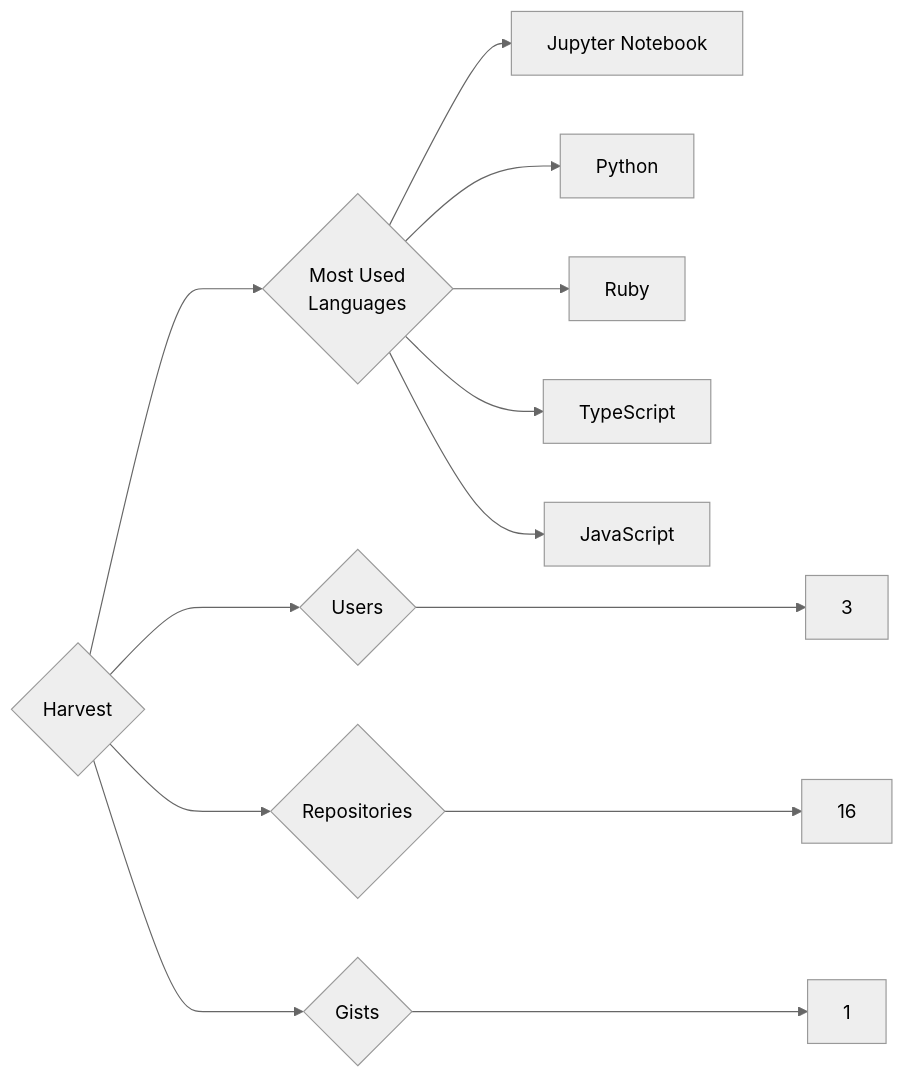
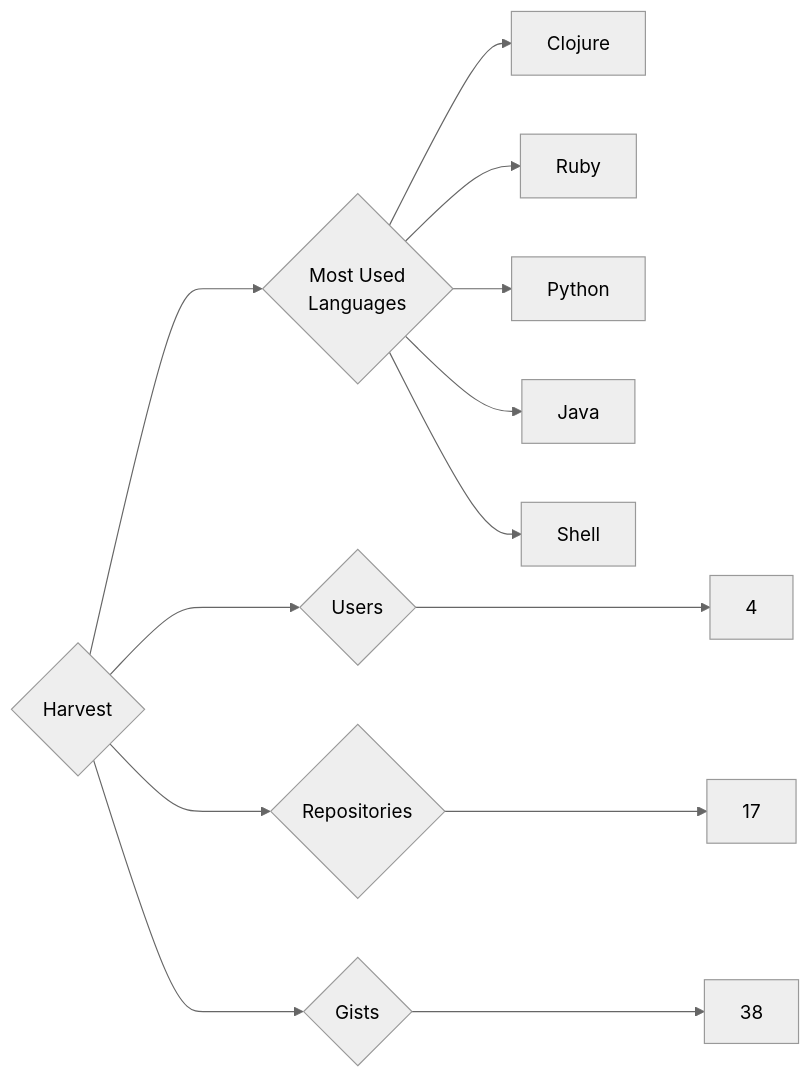
The diagram in targets/Harvest/README.md (trickest/insiders), drawn with Mermaid (neutral theme) before and after one commit. The commit also changed 718 other files, not shown here.

````diff
--- a/targets/Harvest/README.md
+++ b/targets/Harvest/README.md
@@ -3,13 +3,13 @@
 ```mermaid
 graph LR
 COMPANY_NAME{Harvest}
-COMPANY_NAME ---> U{Users} ---> UN[3]
-COMPANY_NAME ---> R{Repositories} ---> RN[16]
-COMPANY_NAME ---> G{Gists} ---> GN[1]
+COMPANY_NAME ---> U{Users} ---> UN[4]
+COMPANY_NAME ---> R{Repositories} ---> RN[17]
+COMPANY_NAME ---> G{Gists} ---> GN[38]
 COMPANY_NAME ---> ML{Most Used<br>Languages}
-ML --> Jupyter_Notebook[Jupyter Notebook]
+ML --> Clojure[Clojure]
+ML --> Ruby[Ruby]
 ML --> Python[Python]
-ML --> Ruby[Ruby]
-ML --> TypeScript[TypeScript]
-ML --> JavaScript[JavaScript]
+ML --> Java[Java]
+ML --> Shell[Shell]
 ```
````
